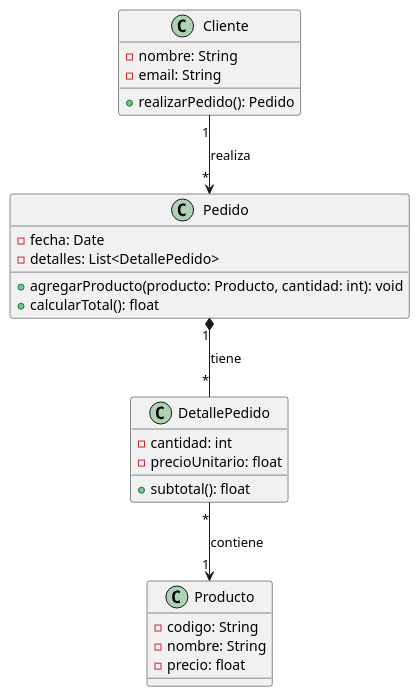
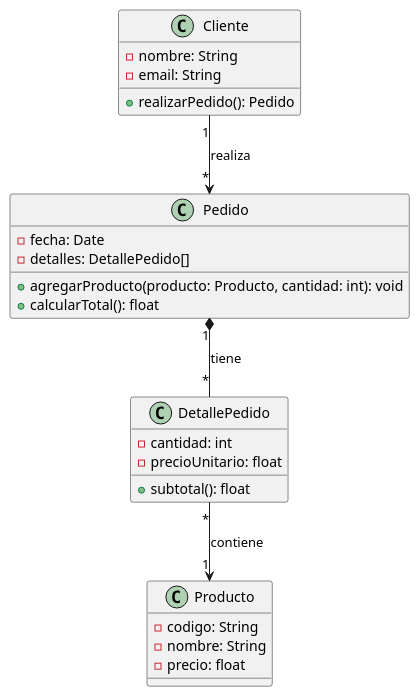
The diagram in src/Ejercicio2/Ejercicio2.puml (MarcosRCG/CFE-Repartido_5), drawn with PlantUML before and after one commit. The commit also changed 3 other files, not shown here.

```diff
--- a/src/Ejercicio2/Ejercicio2.puml
+++ b/src/Ejercicio2/Ejercicio2.puml
@@ -1,30 +1,30 @@
 @startuml
 class Cliente {
   -nombre: String
   -email: String
   +realizarPedido(): Pedido
 }
 
 class Pedido {
   -fecha: Date
-  -detalles: List<DetallePedido>
+  -detalles: DetallePedido[]
   +agregarProducto(producto: Producto, cantidad: int): void
   +calcularTotal(): float
 }
 
 class Producto {
   -codigo: String
   -nombre: String
   -precio: float
 }
 
 class DetallePedido {
   -cantidad: int
   -precioUnitario: float
   +subtotal(): float
 }
 
 Cliente "1" --> "*" Pedido : realiza
 Pedido "1" *-- "*" DetallePedido: tiene
 DetallePedido "*" --> "1" Producto: contiene
 @enduml
```
